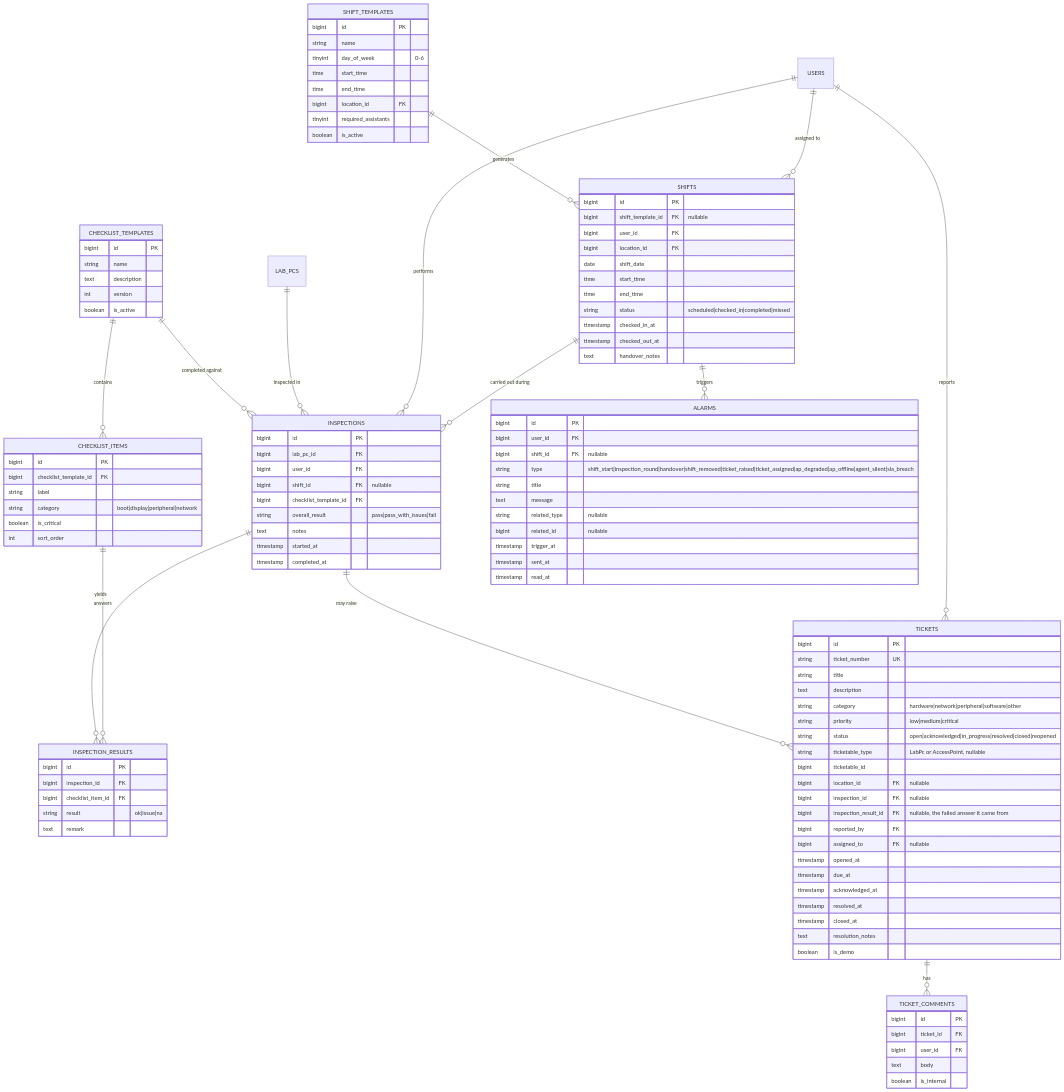
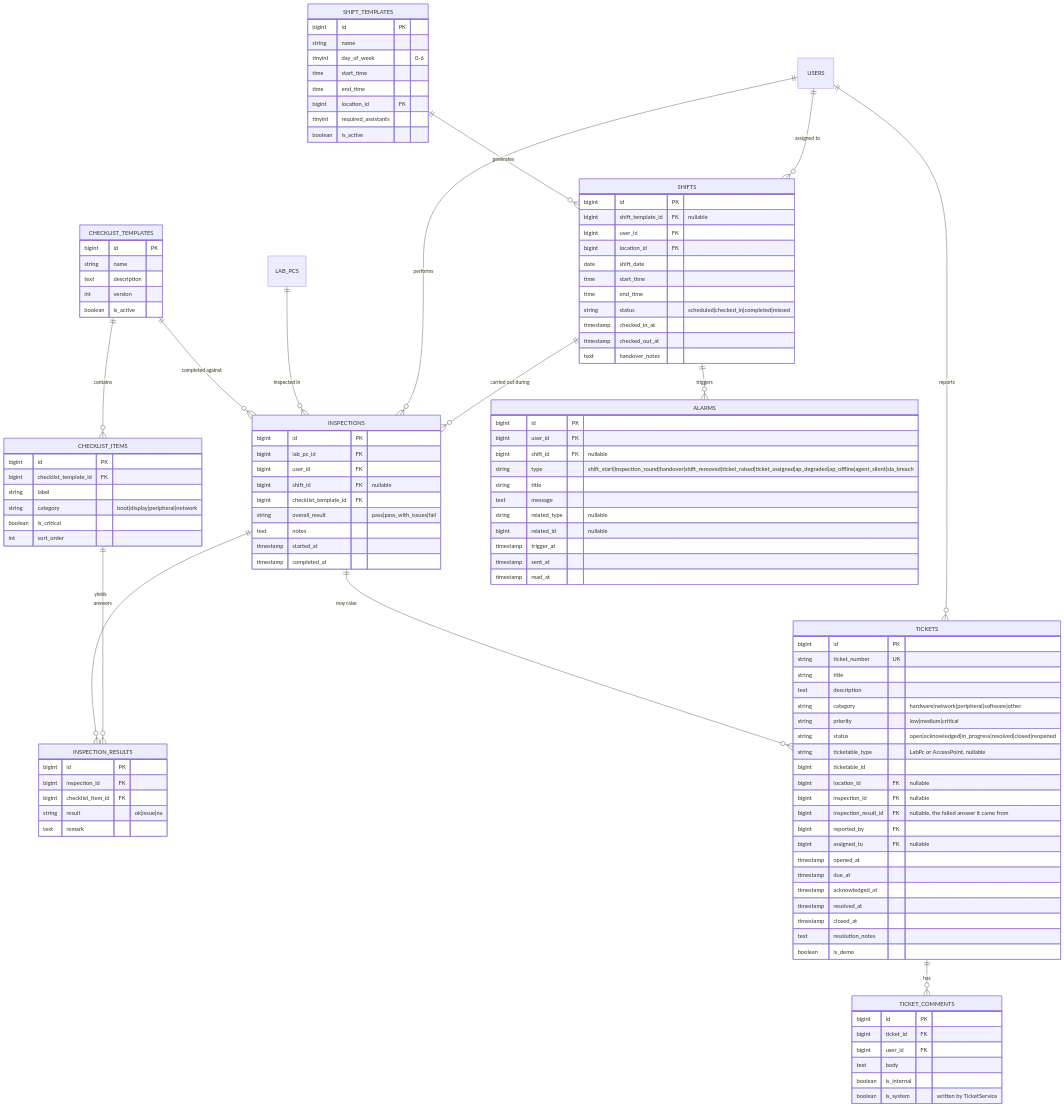
The second of 3 diagrams in docs/04-database.md (phone292025/atlas-netcare), drawn with Mermaid before and after one commit. The commit also changed other lines of this file and 9 other files, not shown here.

```diff
--- a/docs/04-database.md
+++ b/docs/04-database.md
@@ -230,6 +230,7 @@
         bigint user_id FK
         text body
         boolean is_internal
+        boolean is_system "written by TicketService"
     }
     SHIFT_TEMPLATES {
         bigint id PK
```
